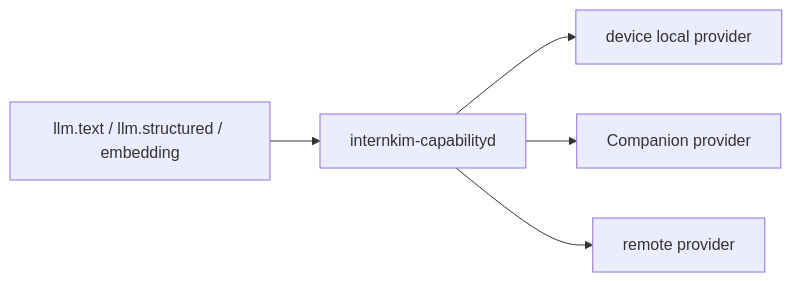
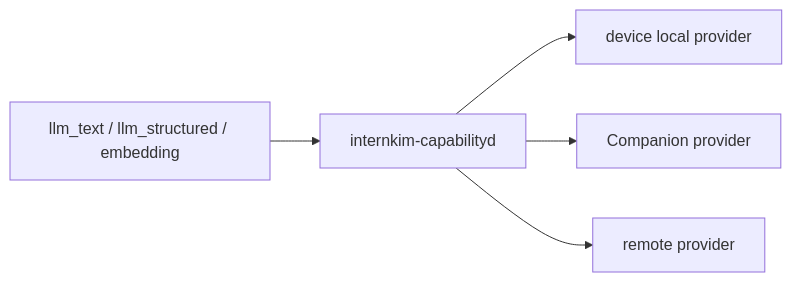
The diagram in docs/current-technical-advantages.md (yeomyeonggeori/internkim), drawn with Mermaid before and after one commit. The commit also changed 30 other files, not shown here.

````diff
--- a/docs/current-technical-advantages.md
+++ b/docs/current-technical-advantages.md
@@ -89,13 +89,13 @@
 ```mermaid
 flowchart LR
-  Request["llm.text / llm.structured / embedding"]
+  Request["llm_text / llm_structured / embedding"]
   Capabilityd["internkim-capabilityd"]
   Local["device local provider"]
   Companion["Companion provider"]
   Remote["remote provider"]
 
   Request --> Capabilityd
   Capabilityd --> Local
   Capabilityd --> Companion
   Capabilityd --> Remote
 ```
````
